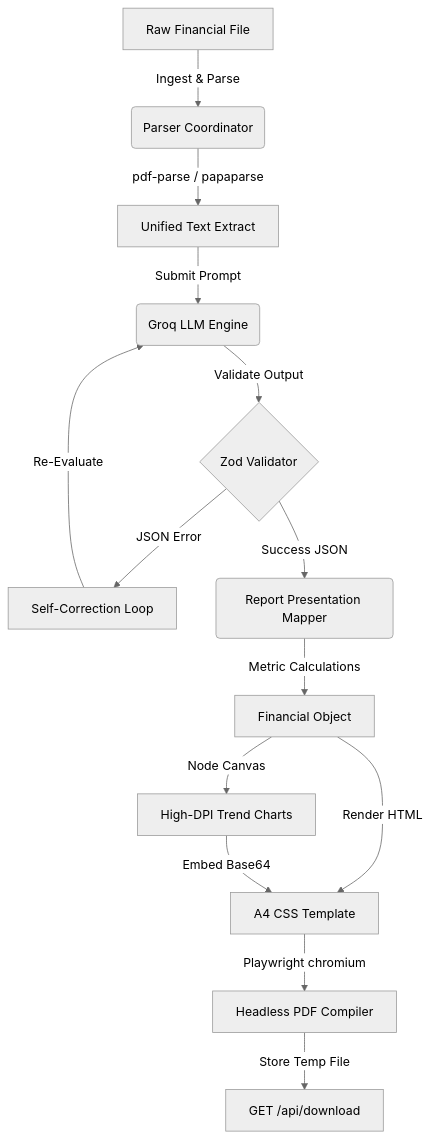
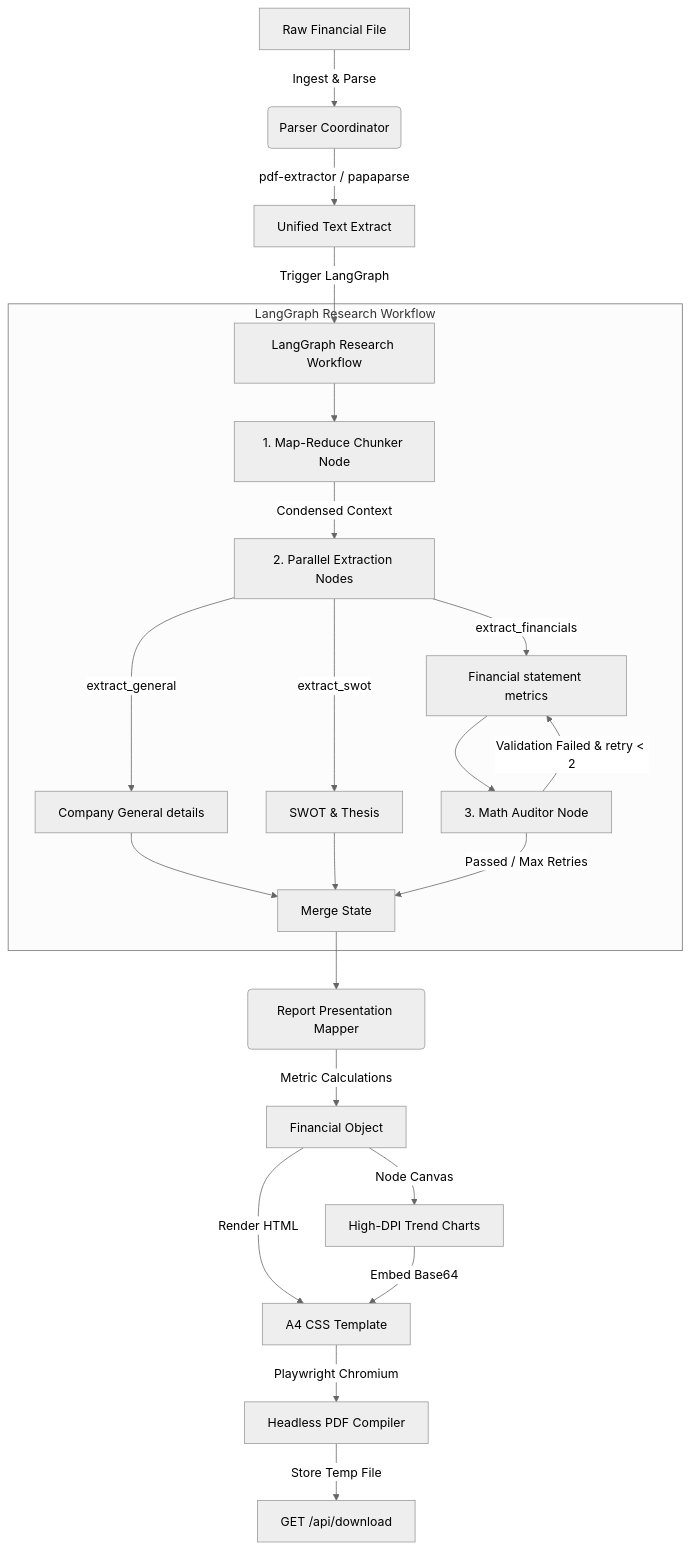
The diagram in README.md (Pallavikumarimdb/EquiGen), drawn with Mermaid (neutral theme) before and after one commit. The commit also changed other lines of this file and 4 other files, not shown here.

Commit message:
feat: implement stateful map-reduce extraction pipeline using LangGraph

````diff
--- a/README.md
+++ b/README.md
@@ -24,16 +24,29 @@
 ```mermaid
 graph TD
     A[Raw Financial File] -->|Ingest & Parse| B(Parser Coordinator)
-    B -->|pdf-parse / papaparse| C[Unified Text Extract]
-    C -->|Submit Prompt| D(Groq LLM Engine)
-    D -->|Validate Output| E{Zod Validator}
-    E -->|JSON Error| F[Self-Correction Loop]
-    F -->|Re-Evaluate| D
-    E -->|Success JSON| G(Report Presentation Mapper)
-    G -->|Metric Calculations| H[Financial Object]
-    H -->|Node Canvas| I[High-DPI Trend Charts]
-    H -->|Render HTML| J[A4 CSS Template]
-    I -->|Embed Base64| J
-    J -->|Playwright chromium| K[Headless PDF Compiler]
-    K -->|Store Temp File| L[GET /api/download]
+    B -->|pdf-extractor / papaparse| C[Unified Text Extract]
+    C -->|Trigger LangGraph| D[LangGraph Research Workflow]
+    
+    subgraph LangGraph Research Workflow
+      D --> E[1. Map-Reduce Chunker Node]
+      E -->|Condensed Context| F[2. Parallel Extraction Nodes]
+      
+      F -->|extract_general| G[Company General details]
+      F -->|extract_swot| H[SWOT & Thesis]
+      F -->|extract_financials| I[Financial statement metrics]
+      
+      G --> J[Merge State]
+      H --> J
+      I --> K[3. Math Auditor Node]
+      K -->|Validation Failed & retry < 2| I
+      K -->|Passed / Max Retries| J
+    end
+    
+    J --> L(Report Presentation Mapper)
+    L -->|Metric Calculations| M[Financial Object]
+    M -->|Node Canvas| N[High-DPI Trend Charts]
+    M -->|Render HTML| O[A4 CSS Template]
+    N -->|Embed Base64| O
+    O -->|Playwright Chromium| P[Headless PDF Compiler]
+    P -->|Store Temp File| Q[GET /api/download]
 ```
````
